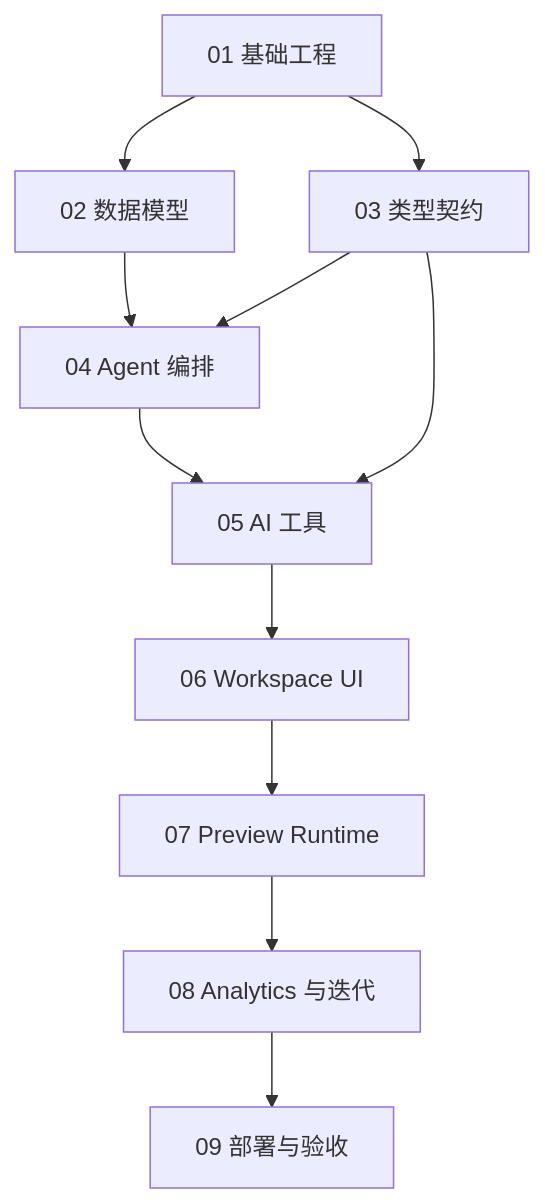
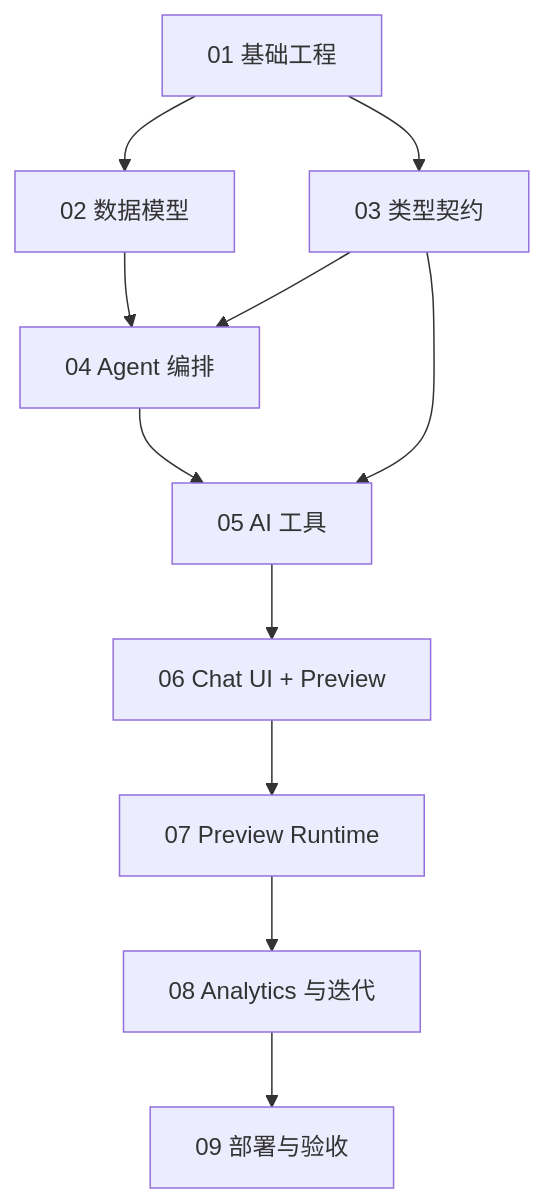
One commit to avatarxy/venture-flow changed the diagram in docs/plan/README.md. Above: the diagram before and after it, drawn with Mermaid. The commit also changed other lines of this file and 23 other files, not shown here.

First line of the commit message:
feat: refactor to conversational ai builder architecture

````diff
--- a/docs/plan/README.md
+++ b/docs/plan/README.md
@@ -19,13 +24,13 @@
 ```mermaid
 flowchart TD
   Foundation["01 基础工程"] --> Data["02 数据模型"]
   Foundation --> Contracts["03 类型契约"]
   Data --> Agent["04 Agent 编排"]
   Contracts --> Agent
   Contracts --> Tools["05 AI 工具"]
   Agent --> Tools
-  Tools --> Workspace["06 Workspace UI"]
-  Workspace --> Preview["07 Preview Runtime"]
+  Tools --> ChatUI["06 Chat UI + Preview"]
+  ChatUI --> Preview["07 Preview Runtime"]
   Preview --> Analytics["08 Analytics 与迭代"]
   Analytics --> Deploy["09 部署与验收"]
 ```
````
